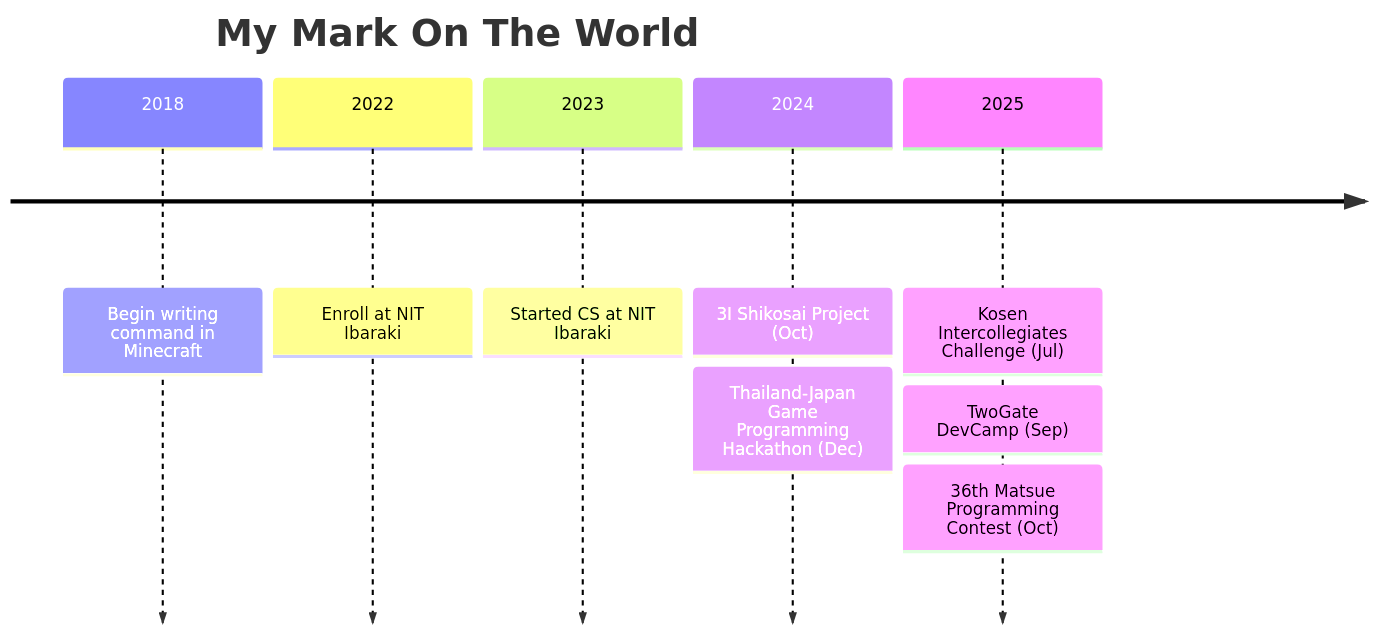
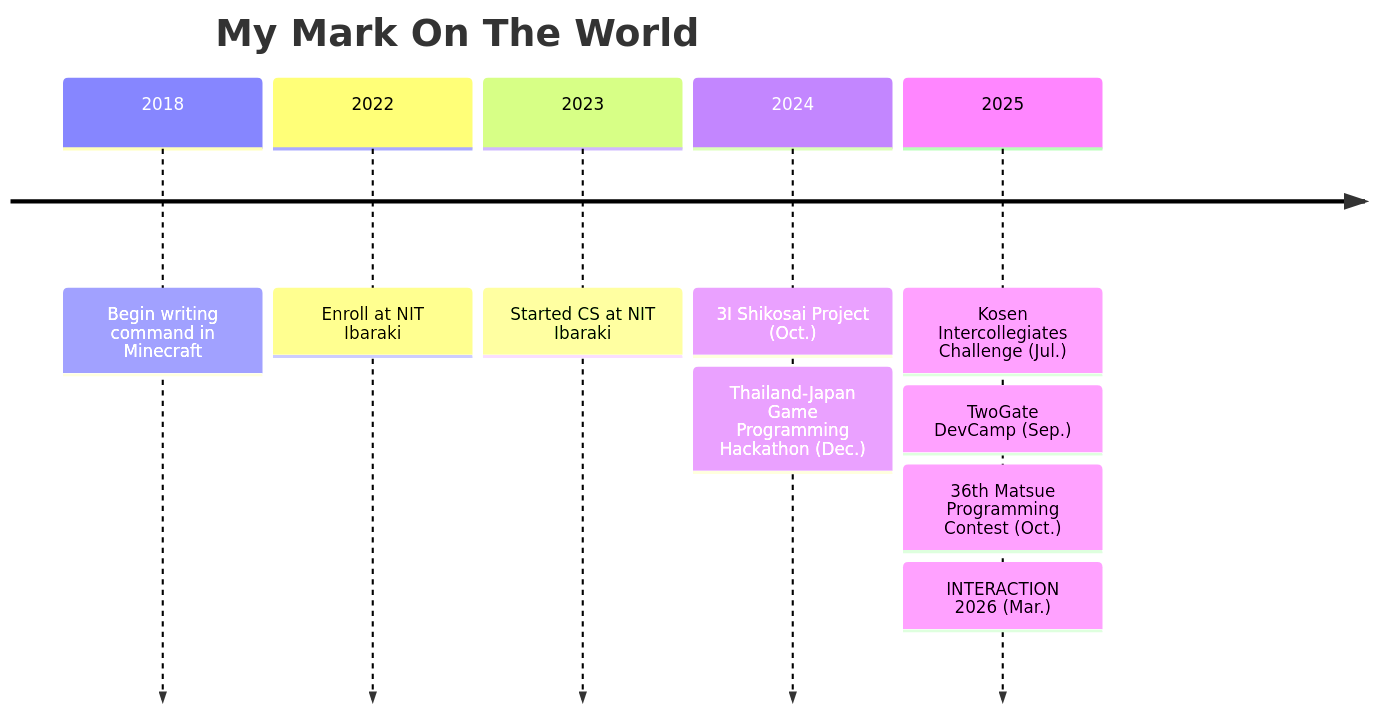
Before and after one commit to Tomarun029831/Tomarun029831: the diagram in README.md, drawn with Mermaid. The commit also changed other lines of this file, not shown here.

````diff
--- a/README.md
+++ b/README.md
@@ -291,17 +291,18 @@
 ```mermaid
 timeline
     title My Mark On The World
 
     2018 : Begin writing command in Minecraft
 
     2022 : Enroll at NIT Ibaraki
     
     2023 : Started CS at NIT Ibaraki
     
-    2024 : 3I Shikosai Project (Oct)
-         : Thailand-Japan Game Programming Hackathon (Dec)
+    2024 : 3I Shikosai Project (Oct.)
+         : Thailand-Japan Game Programming Hackathon (Dec.)
     
-    2025 : Kosen Intercollegiates Challenge (Jul)
-         : TwoGate DevCamp (Sep)
-         : 36th Matsue Programming Contest (Oct)
+    2025 : Kosen Intercollegiates Challenge (Jul.)
+         : TwoGate DevCamp (Sep.)
+         : 36th Matsue Programming Contest (Oct.)
+         : INTERACTION 2026 (Mar.)
 ```
````
